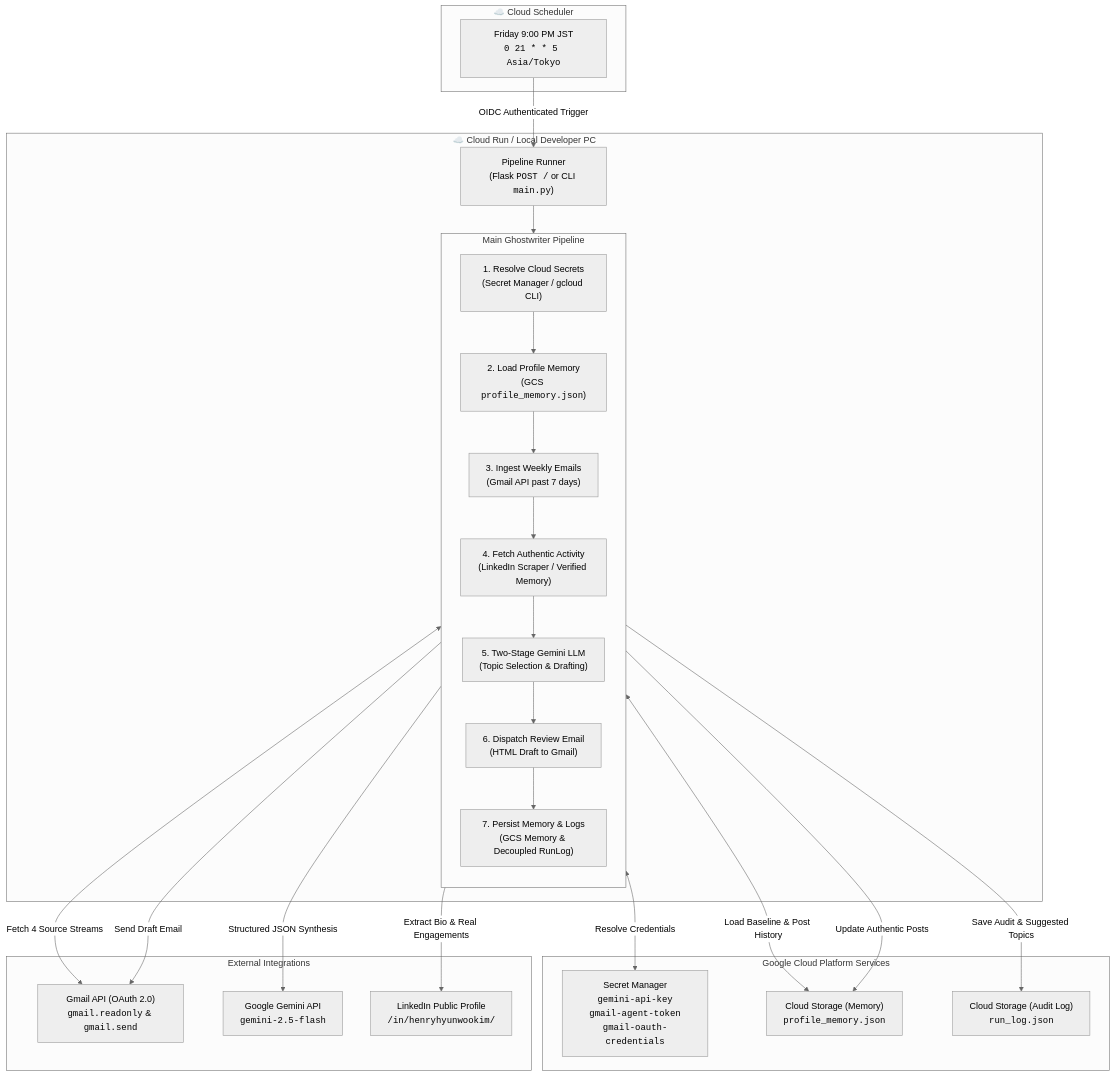
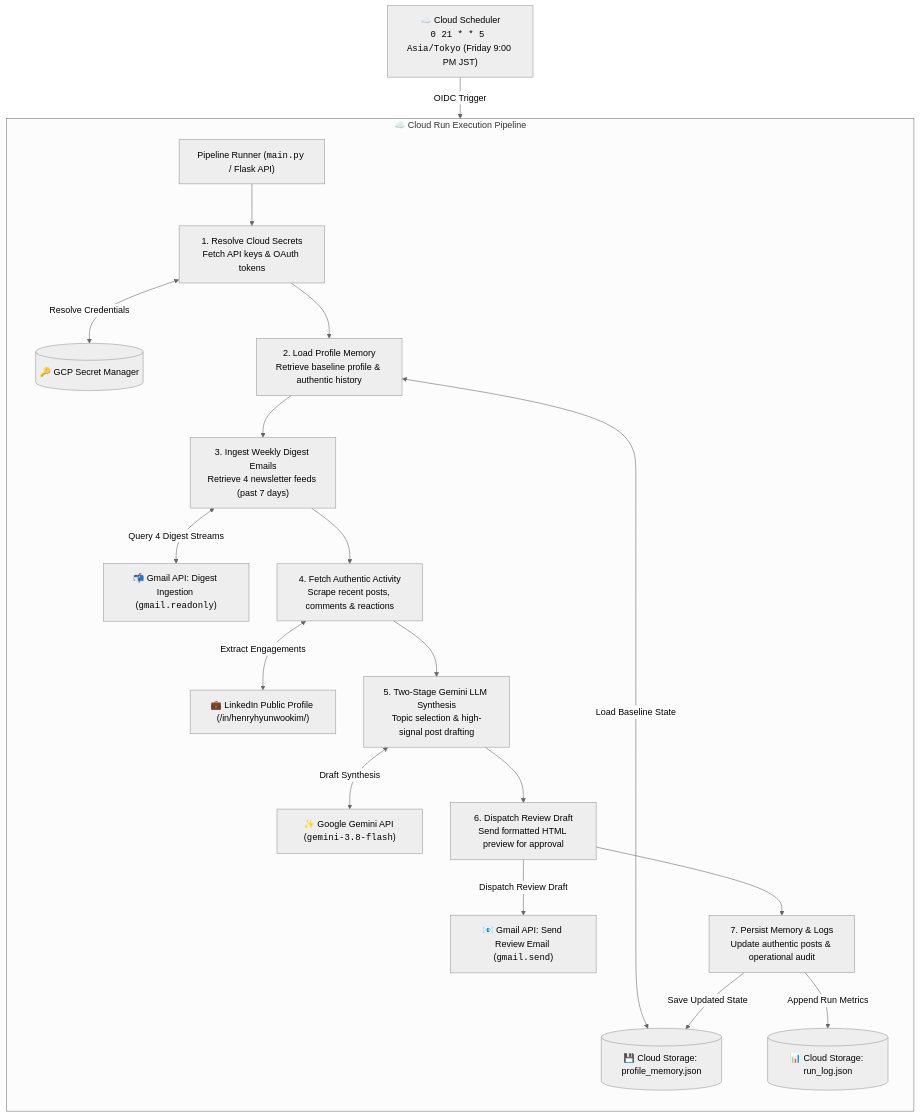
One commit to henryhyunwookim/linkedin-post-ghostwriter changed the diagram in README.md. Above: the diagram before and after it, drawn with Mermaid (neutral theme). The commit also changed other lines of this file and 2 other files, not shown here.

Commit message:
feat(deployment): add architecture diagram, update model config, and parameterize deployment script
- embed visual architecture overview diagram and update execution flow in README.md
- parameterize GEMINI_MODEL (defaulting to gemini-3.8-flash) in deployment/deploy_cloud.ps1
- clean up internal deployment policy callouts from documentation

````diff
--- a/README.md
+++ b/README.md
@@ -11,45 +15,48 @@
 ```mermaid
 flowchart TB
-    subgraph Trigger["☁️ Cloud Scheduler"]
-        CS["Friday 9:00 PM JST<br/><code>0 21 * * 5 Asia/Tokyo</code>"]
+    CS["☁️ Cloud Scheduler<br/><code>0 21 * * 5 Asia/Tokyo</code> (Friday 9:00 PM JST)"]
+    
+    subgraph Pipeline["☁️ Cloud Run Execution Pipeline"]
+        direction TB
+        
+        APP["Pipeline Runner (<code>main.py</code> / Flask API)"]
+        
+        S1["1. Resolve Cloud Secrets<br/>Fetch API keys & OAuth tokens"]
+        SM[("🔑 GCP Secret Manager")]
+        
+        S2["2. Load Profile Memory<br/>Retrieve baseline profile & authentic history"]
+        GCS_MEM[("💾 Cloud Storage: profile_memory.json")]
+        
+        S3["3. Ingest Weekly Digest Emails<br/>Retrieve 4 newsletter feeds (past 7 days)"]
+        GMAIL_IN["📬 Gmail API: Digest Ingestion (<code>gmail.readonly</code>)"]
+        
+        S4["4. Fetch Authentic Activity<br/>Scrape recent posts, comments & reactions"]
+        LI["💼 LinkedIn Public Profile (/in/henryhyunwookim/)"]
+        
+        S5["5. Two-Stage Gemini LLM Synthesis<br/>Topic selection & high-signal post drafting"]
+        GEMINI["✨ Google Gemini API (<code>gemini-3.8-flash</code>)"]
+        
+        S6["6. Dispatch Review Draft<br/>Send formatted HTML preview for approval"]
+        GMAIL_OUT["📧 Gmail API: Send Review Email (<code>gmail.send</code>)"]
+        
+        S7["7. Persist Memory & Logs<br/>Update authentic posts & operational audit"]
+        GCS_LOG[("📊 Cloud Storage: run_log.json")]
     end
 
-    subgraph CloudRun["☁️ Cloud Run / Local Developer PC"]
-        APP["Pipeline Runner<br/>(Flask <code>POST /</code> or CLI <code>main.py</code>)"]
-        
-        subgraph Pipeline["Main Ghostwriter Pipeline"]
-            direction TB
-            S1["1. Resolve Cloud Secrets<br/>(Secret Manager / gcloud CLI)"]
-            S2["2. Load Profile Memory<br/>(GCS <code>profile_memory.json</code>)"]
-            S3["3. Ingest Weekly Emails<br/>(Gmail API past 7 days)"]
-            S4["4. Fetch Authentic Activity<br/>(LinkedIn Scraper / Verified Memory)"]
-            S5["5. Two-Stage Gemini LLM<br/>(Topic Selection & Drafting)"]
-            S6["6. Dispatch Review Email<br/>(HTML Draft to Gmail)"]
-            S7["7. Persist Memory & Logs<br/>(GCS Memory & Decoupled RunLog)"]
-        end
-
-        APP --> S1 --> S2 --> S3 --> S4 --> S5 --> S6 --> S7
-    end
-
-    subgraph GCP["Google Cloud Platform Services"]
-        SM["Secret Manager<br/><code>gemini-api-key</code><br/><code>gmail-agent-token</code><br/><code>gmail-oauth-credentials</code>"]
-        GCS_MEM["Cloud Storage (Memory)<br/><code>profile_memory.json</code>"]
-        GCS_LOG["Cloud Storage (Audit Log)<br/><code>run_log.json</code>"]
-    end
-
-    subgraph External["External Integrations"]
-        GMAIL["Gmail API (OAuth 2.0)<br/><code>gmail.readonly</code> & <code>gmail.send</code>"]
-        GEMINI["Google Gemini API<br/><code>gemini-2.5-flash</code>"]
-        LI["LinkedIn Public Profile<br/><code>/in/henryhyunwookim/</code>"]
-    end
-
-    CS -->|"OIDC Authenticated Trigger"| APP
+    CS -->|"OIDC Trigger"| APP
+    APP --> S1
     S1 <-->|"Resolve Credentials"| SM
-    S2 <-->|"Load Baseline & Post History"| GCS_MEM
-    S3 <-->|"Fetch 4 Source Streams"| GMAIL
-    S4 -->|"Extract Bio & Real Engagements"| LI
-    S5 -->|"Structured JSON Synthesis"| GEMINI
-    S6 -->|"Send Draft Email"| GMAIL
-    S7 -->|"Save Audit & Suggested Topics"| GCS_LOG
-    S7 -->|"Update Authentic Posts"| GCS_MEM
+    S1 --> S2
+    S2 <-->|"Load Baseline State"| GCS_MEM
+    S2 --> S3
+    S3 <-->|"Query 4 Digest Streams"| GMAIL_IN
+    S3 --> S4
+    S4 <-->|"Extract Engagements"| LI
+    S4 --> S5
+    S5 <-->|"Draft Synthesis"| GEMINI
+    S5 --> S6
+    S6 -->|"Dispatch Review Draft"| GMAIL_OUT
+    S6 --> S7
+    S7 -->|"Append Run Metrics"| GCS_LOG
+    S7 -->|"Save Updated State"| GCS_MEM
 ```
````
